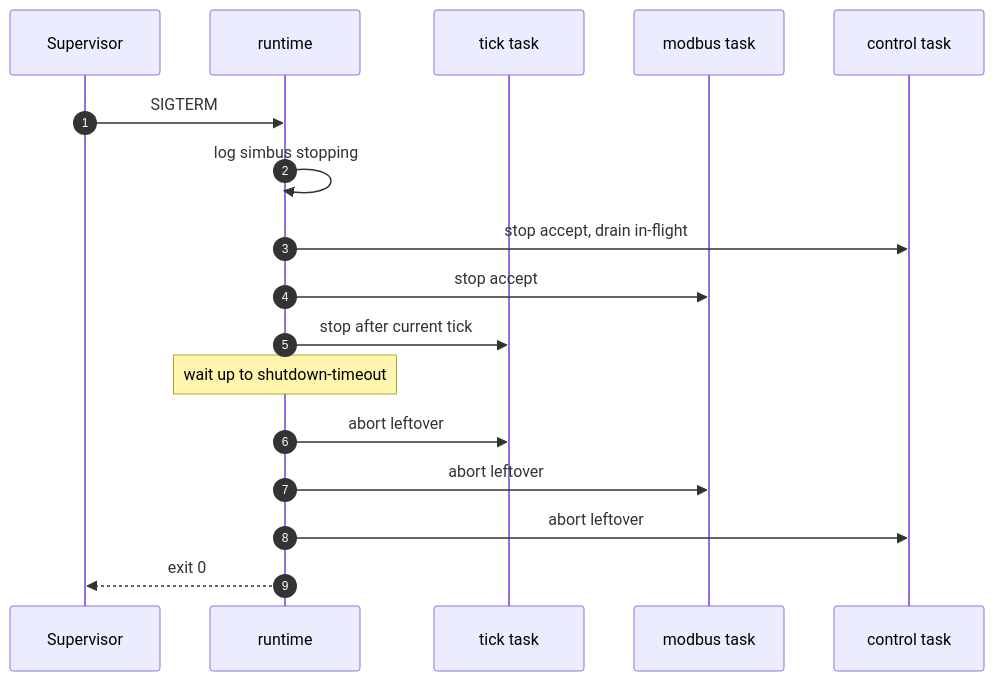
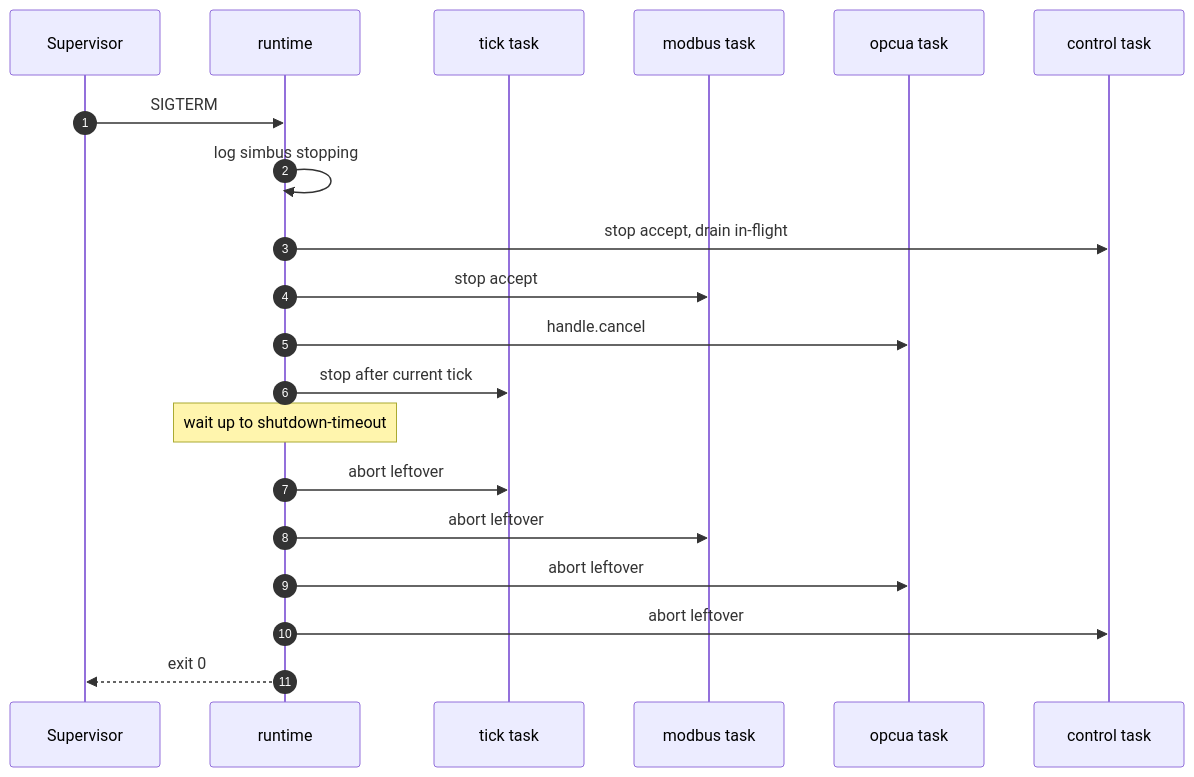
Before and after one commit to obsidia-systems/simbus: the second of 2 diagrams in docs/runtime.md, drawn with Mermaid. The commit also changed 8 other files, not shown here.

````diff
--- a/docs/runtime.md
+++ b/docs/runtime.md
@@ -215,19 +215,22 @@
 ```mermaid
 sequenceDiagram
     autonumber
     participant OS as Supervisor
     participant RT as runtime
     participant T as tick task
     participant MB as modbus task
+    participant UA as opcua task
     participant HTTP as control task
     OS->>RT: SIGTERM
     RT->>RT: log simbus stopping
     RT->>HTTP: stop accept, drain in-flight
     RT->>MB: stop accept
+    RT->>UA: handle.cancel
     RT->>T: stop after current tick
     Note over RT: wait up to shutdown-timeout
     RT->>T: abort leftover
     RT->>MB: abort leftover
+    RT->>UA: abort leftover
     RT->>HTTP: abort leftover
     RT-->>OS: exit 0
 ```
````
